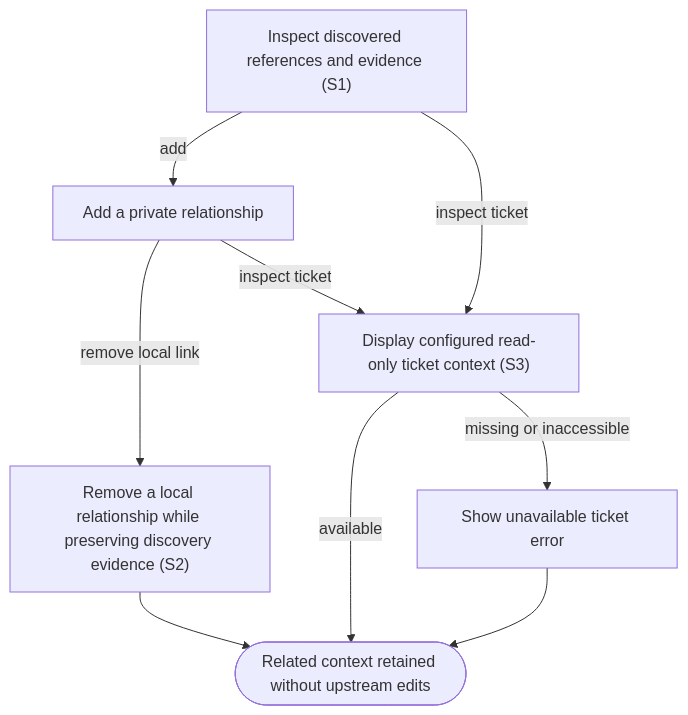
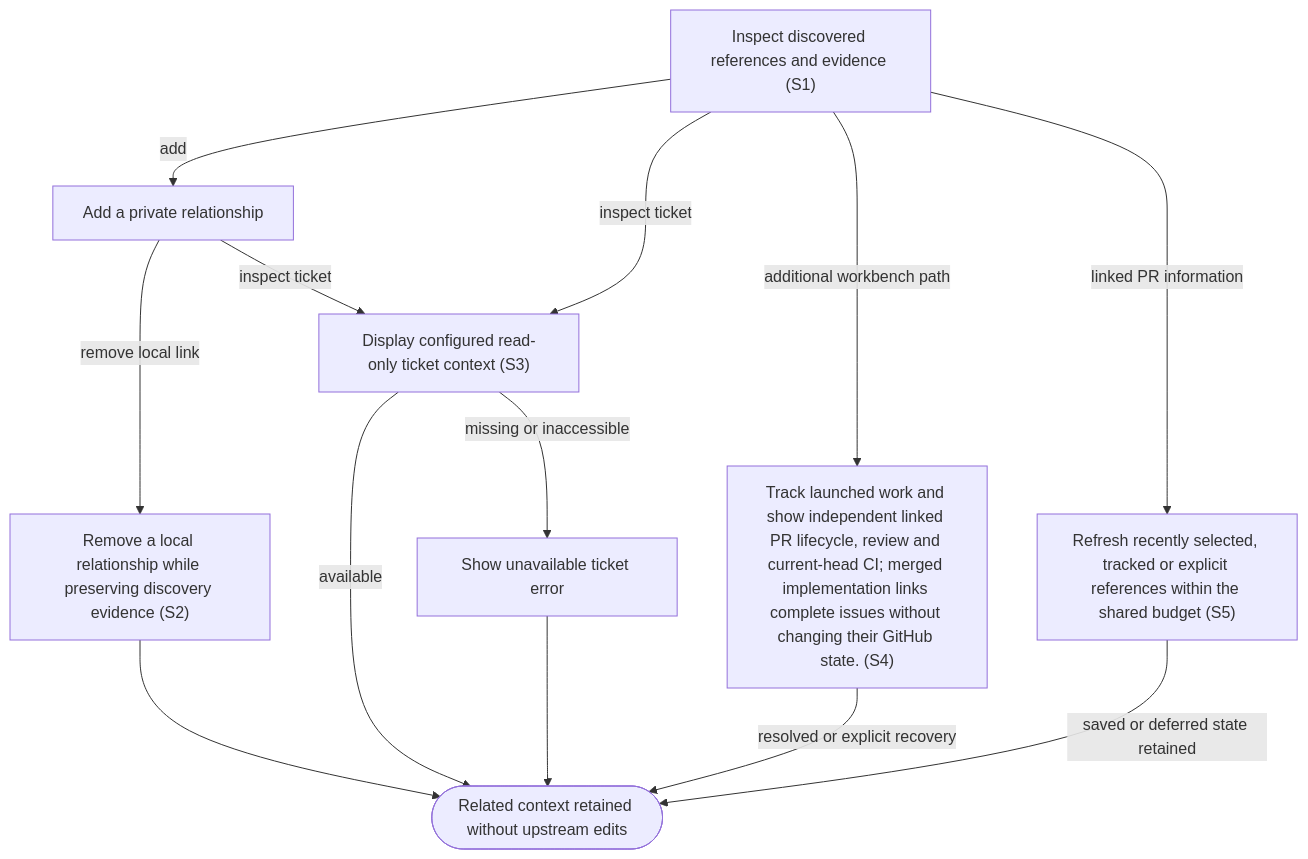
One commit to dk-code-factory/code-factory-plugin changed the diagram in docs/user-flows/relate-items.md. Above: the diagram before and after it, drawn with Mermaid. The commit also changed other lines of this file and 165 other files, not shown here.

````diff
--- a/docs/user-flows/relate-items.md
+++ b/docs/user-flows/relate-items.md
@@ -36,17 +40,23 @@
 ```mermaid
 flowchart TD
     N0["Inspect discovered references and evidence #40;S1#41;"]
     N1["Add a private relationship"]
     N2["Remove a local relationship while preserving discovery evidence #40;S2#41;"]
     N3["Display configured read-only ticket context #40;S3#41;"]
     N4["Show unavailable ticket error"]
     N5(["Related context retained without upstream edits"])
+    N6["Track launched work and show independent linked PR lifecycle, review and current-head CI#59; merged implementation links complete issues without changing their GitHub state. #40;S4#41;"]
+    N7["Refresh recently selected, tracked or explicit references within the shared budget #40;S5#41;"]
     N0 -->|"add"| N1
     N0 -->|"inspect ticket"| N3
     N1 -->|"remove local link"| N2
     N1 -->|"inspect ticket"| N3
     N2 --> N5
     N3 -->|"available"| N5
     N3 -->|"missing or inaccessible"| N4
     N4 --> N5
+    N0 -->|"additional workbench path"| N6
+    N6 -->|"resolved or explicit recovery"| N5
+    N0 -->|"linked PR information"| N7
+    N7 -->|"saved or deferred state retained"| N5
 ```
````
